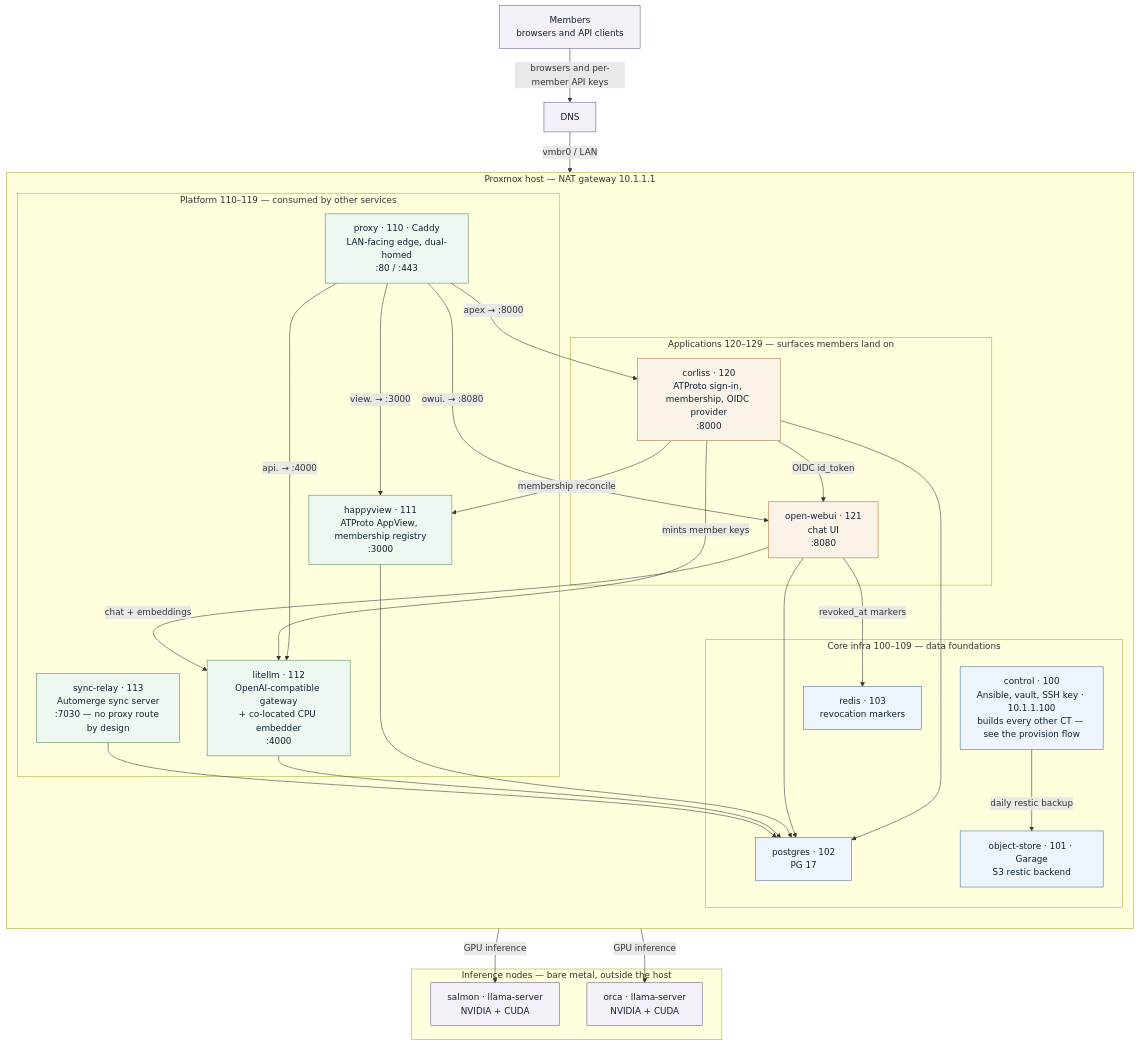
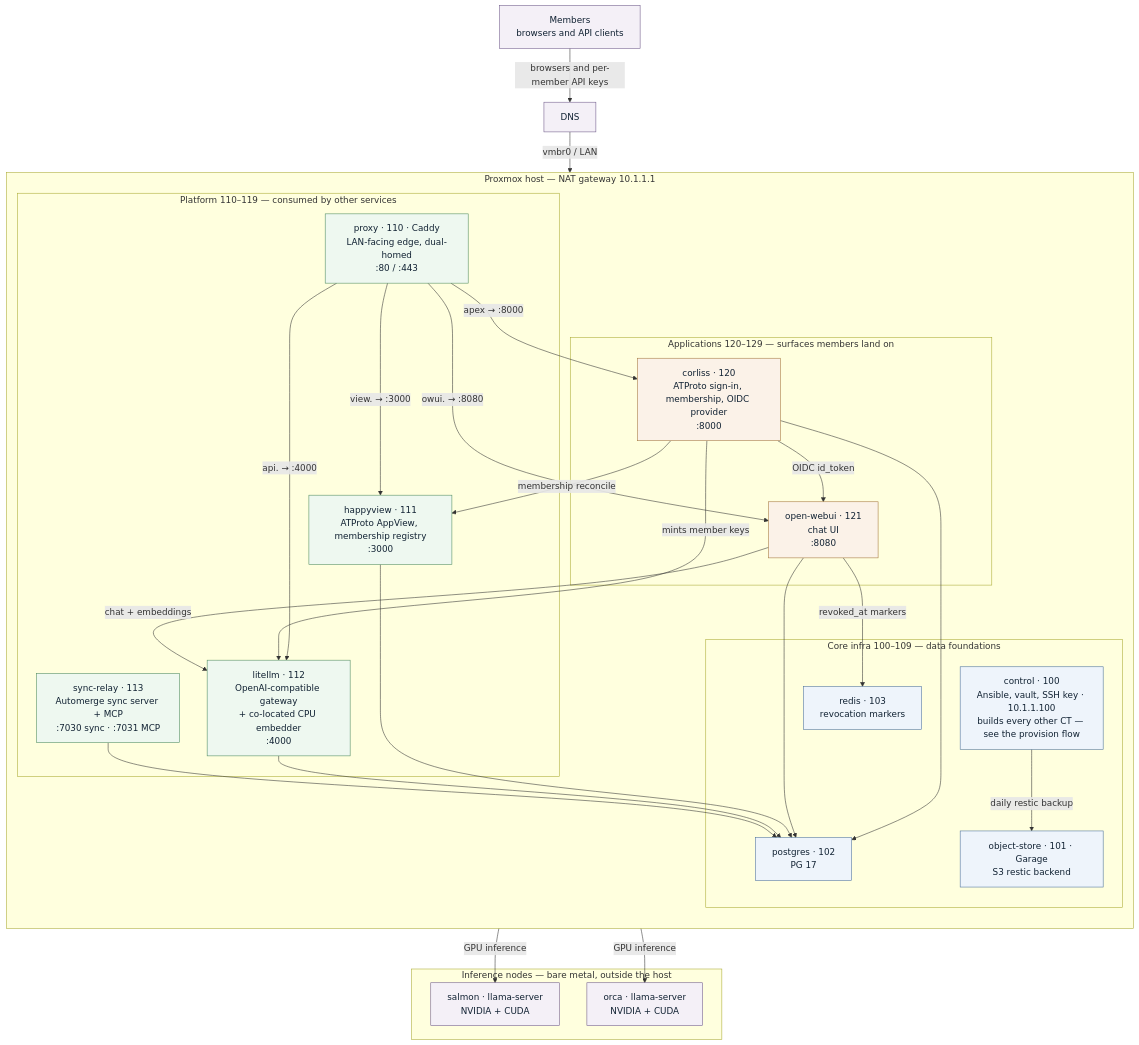
Before and after one commit to Z-Space-Society/zai-ops: the first of 4 diagrams in docs/diagrams.md, drawn with Mermaid. The commit also changed other lines of this file and 17 other files, not shown here.

First line of the commit message:
feat(corliss,sync-relay): public OAuth clients, Notes and the relay's Phase B

````diff
--- a/docs/diagrams.md
+++ b/docs/diagrams.md
@@ -26,66 +26,66 @@
 ```mermaid
 flowchart TB
     members["Members<br/>browsers and API clients"]
     cf["DNS"]
 
     subgraph host["Proxmox host — NAT gateway 10.1.1.1"]
         direction TB
 
         subgraph app["Applications 120–129 — surfaces members land on"]
             corliss["corliss · 120<br/>ATProto sign-in, membership, OIDC provider<br/>:8000"]
             owui["open-webui · 121<br/>chat UI<br/>:8080"]
         end
 
         subgraph plat["Platform 110–119 — consumed by other services"]
             proxy["proxy · 110 · Caddy<br/>LAN-facing edge, dual-homed<br/>:80 / :443"]
             happyview["happyview · 111<br/>ATProto AppView, membership registry<br/>:3000"]
             litellm["litellm · 112<br/>OpenAI-compatible gateway<br/>+ co-located CPU embedder<br/>:4000"]
-            relay["sync-relay · 113<br/>Automerge sync server<br/>:7030 — no proxy route by design"]
+            relay["sync-relay · 113<br/>Automerge sync server + MCP<br/>:7030 sync · :7031 MCP"]
         end
 
         subgraph core["Core infra 100–109 — data foundations"]
             control["control · 100<br/>Ansible, vault, SSH key · 10.1.1.100<br/>builds every other CT — see the provision flow"]
             objstore["object-store · 101 · Garage<br/>S3 restic backend"]
             postgres["postgres · 102<br/>PG 17"]
             redis["redis · 103<br/>revocation markers"]
         end
     end
 
     subgraph inf["Inference nodes — bare metal, outside the host"]
         salmon["salmon · llama-server<br/>NVIDIA + CUDA"]
         orca["orca · llama-server<br/>NVIDIA + CUDA"]
     end
 
     members -->|"browsers and per-member API keys"| cf
     cf -->|"vmbr0 / LAN"| proxy
 
     proxy -->|"apex → :8000"| corliss
     proxy -->|"owui. → :8080"| owui
     proxy -->|"api. → :4000"| litellm
     proxy -->|"view. → :3000"| happyview
 
     corliss -->|"OIDC id_token"| owui
     corliss -->|"membership reconcile"| happyview
     corliss -->|"mints member keys"| litellm
     owui -->|"chat + embeddings"| litellm
     owui -->|"revoked_at markers"| redis
     litellm -->|"GPU inference"| salmon
     litellm -->|"GPU inference"| orca
 
     corliss --> postgres
     owui --> postgres
     happyview --> postgres
     litellm --> postgres
     relay --> postgres
 
     control -->|"daily restic backup"| objstore
 
     classDef tierCore fill:#eef4fb,stroke:#4a6f9c,color:#123
     classDef tierPlat fill:#eef8f0,stroke:#4d8a5e,color:#123
     classDef tierApp fill:#fbf2e8,stroke:#a3763c,color:#123
     classDef outside fill:#f4f0f7,stroke:#6f5a8a,color:#123
     class control,objstore,postgres,redis tierCore
     class proxy,happyview,litellm,relay tierPlat
     class corliss,owui tierApp
     class salmon,orca,members,cf outside
 ```
````
